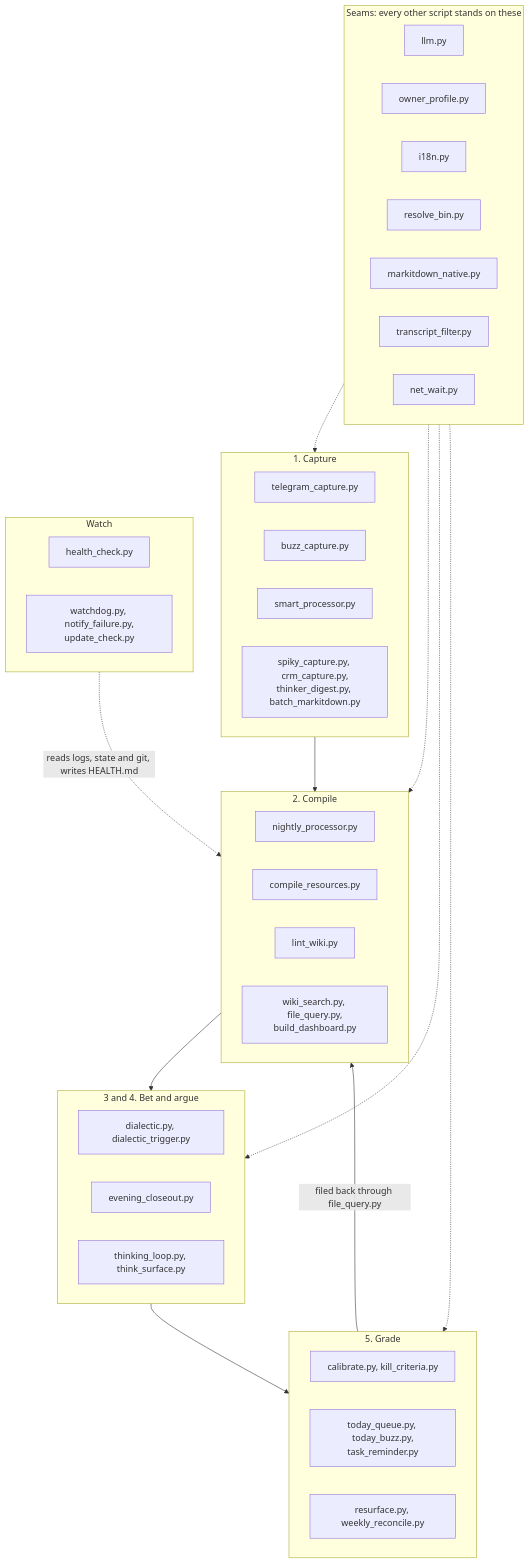
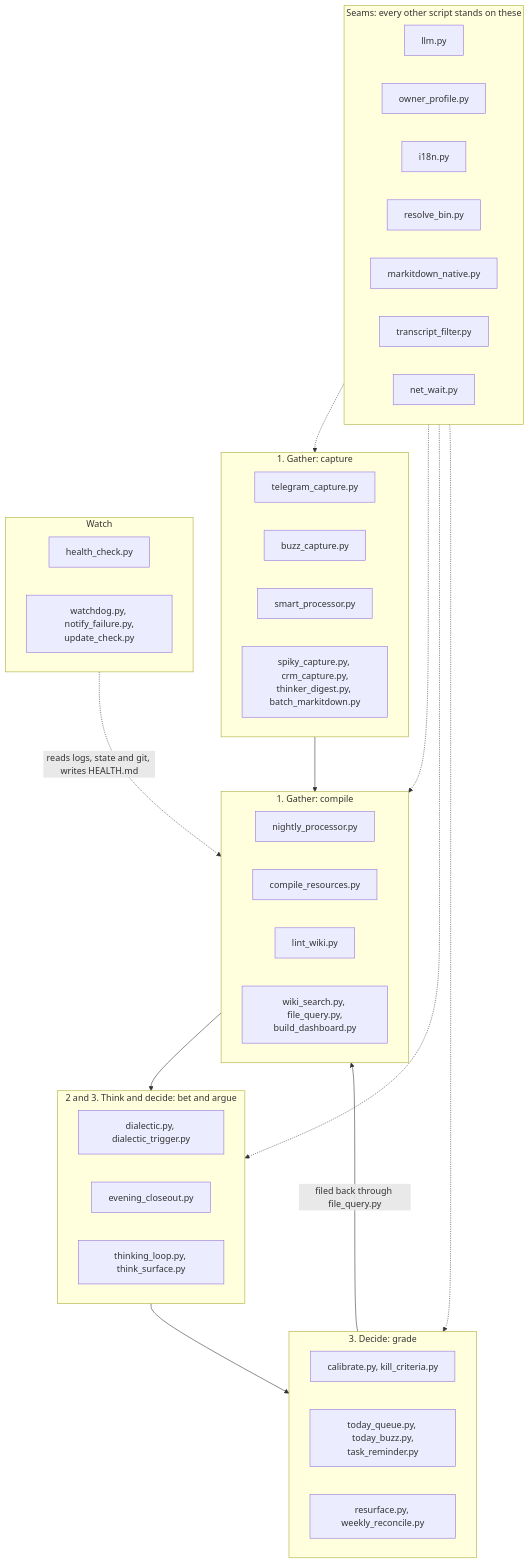
One commit to ezapmar/brainless-public changed the diagram in docs/scripts.md. Above: the diagram before and after it, drawn with Mermaid. The commit also changed other lines of this file and 15 other files, not shown here.

````diff
--- a/docs/scripts.md
+++ b/docs/scripts.md
@@ -44,53 +46,53 @@
 ```mermaid
 flowchart TD
   subgraph seams["Seams: every other script stands on these"]
     llm["llm.py"]
     prof["owner_profile.py"]
     i18n["i18n.py"]
     bin["resolve_bin.py"]
     mid["markitdown_native.py"]
     tf["transcript_filter.py"]
     nw["net_wait.py"]
   end
 
-  subgraph capture["1. Capture"]
+  subgraph capture["1. Gather: capture"]
     tg["telegram_capture.py"]
     bz["buzz_capture.py"]
     sp["smart_processor.py"]
     ing["spiky_capture.py, crm_capture.py,<br/>thinker_digest.py, batch_markitdown.py"]
   end
 
-  subgraph compile["2. Compile"]
+  subgraph compile["1. Gather: compile"]
     night["nightly_processor.py"]
     comp["compile_resources.py"]
     lint["lint_wiki.py"]
     find["wiki_search.py, file_query.py,<br/>build_dashboard.py"]
   end
 
-  subgraph argue["3 and 4. Bet and argue"]
+  subgraph argue["2 and 3. Think and decide: bet and argue"]
     dia["dialectic.py, dialectic_trigger.py"]
     close["evening_closeout.py"]
     think["thinking_loop.py, think_surface.py"]
   end
 
-  subgraph grade["5. Grade"]
+  subgraph grade["3. Decide: grade"]
     cal["calibrate.py, kill_criteria.py"]
     today["today_queue.py, today_buzz.py,<br/>task_reminder.py"]
     mem["resurface.py, weekly_reconcile.py"]
   end
 
   subgraph watch["Watch"]
     hc["health_check.py"]
     wd["watchdog.py, notify_failure.py,<br/>update_check.py"]
   end
 
   capture --> compile
   compile --> argue
   argue --> grade
   grade -->|"filed back through file_query.py"| compile
   seams -.-> capture
   seams -.-> compile
   seams -.-> argue
   seams -.-> grade
   watch -.->|"reads logs, state and git, writes HEALTH.md"| compile
 ```
````
